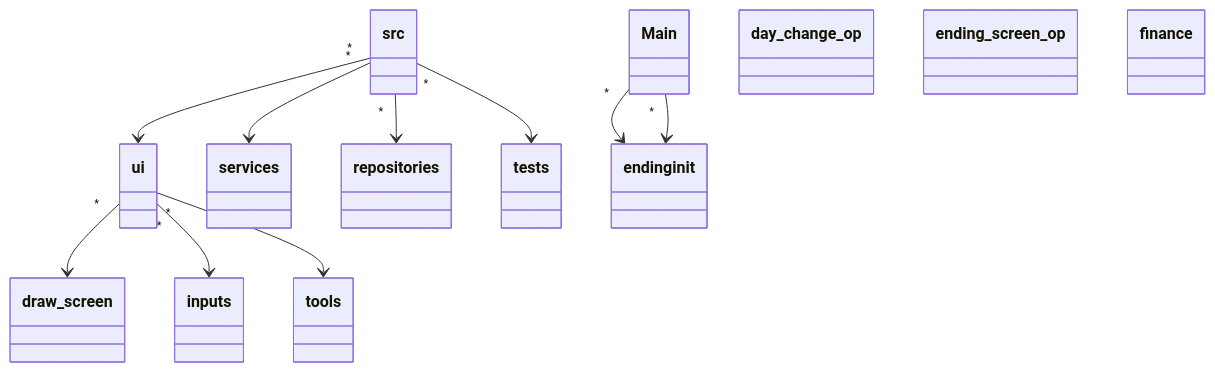
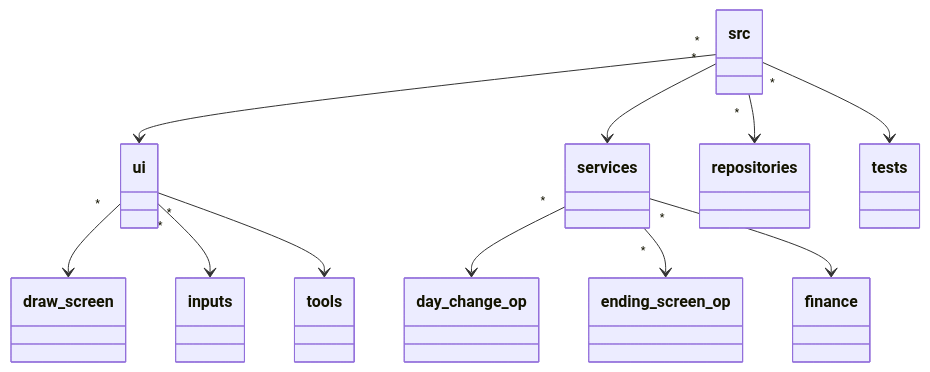
Before and after one commit to sepaww/ot-harjoitustyo: the first of 6 diagrams in dokumentaatio/arkkitehtuuri.md, drawn with Mermaid.

````diff
--- a/dokumentaatio/arkkitehtuuri.md
+++ b/dokumentaatio/arkkitehtuuri.md
@@ -36,37 +36,39 @@
  ```mermaid
  classDiagram
       src "*" --> ui
        src "*" --> services
         src "*" --> repositories
         src "*" --> tests
          ui "*" --> draw_screen
          ui "*" --> inputs
          ui "*" --> tools
-         Main "*" --> endinginit
-         Main "*" --> endinginit
+         services "*" --> day_change_op
+         services "*" --> ending_screen_op
+         services "*" --> finance
+         
       class src{
           }
       class tests{
           }
       class ui{
           }
       class services{
           }
       class repositories{
           }
       class day_change_op{
           }
       class draw_screen{
           }
       class inputs{
           }
       class tools{
           }
       class ending_screen_op{
           }
       class finance{
           }
      
       
       
 ```
````
